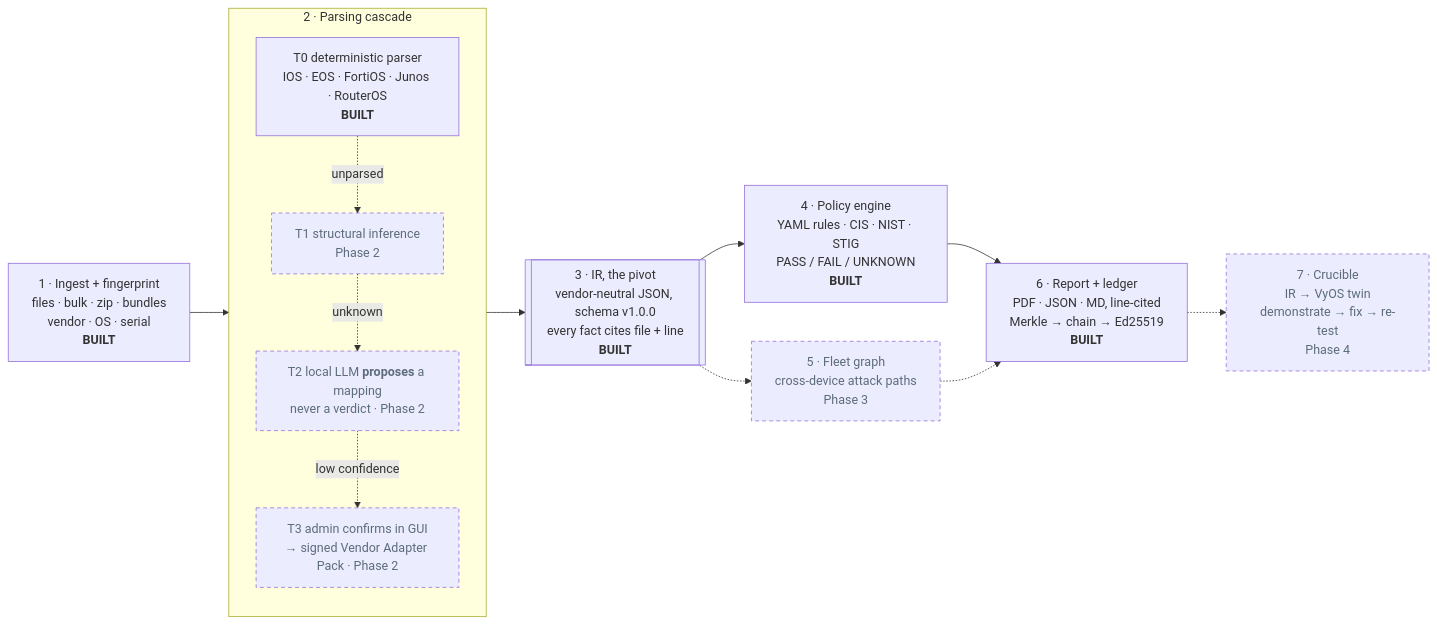
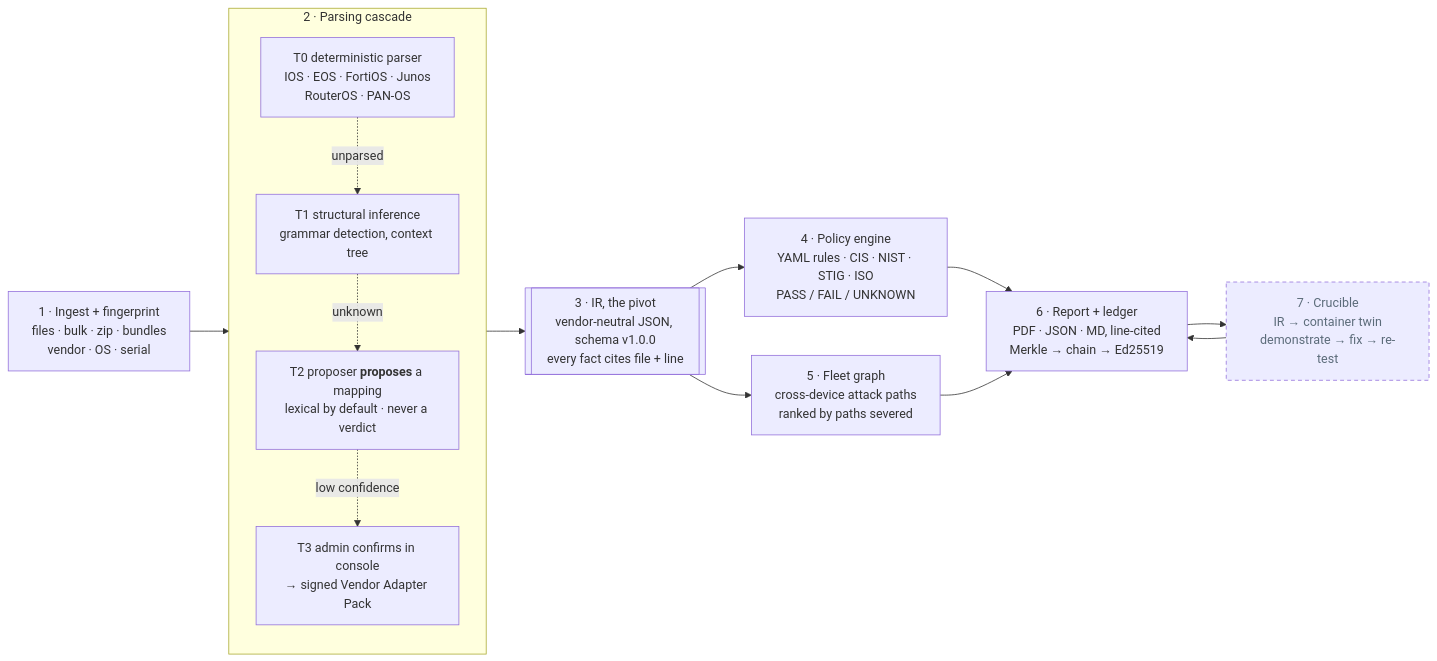
The diagram in docs/submission/ARCHITECTURE.md (Crepco/SIH26155), drawn with Mermaid before and after one commit. The commit also changed other lines of this file, not shown here.

First line of the commit message:
submission: the architecture markdown for the system that now exists

````diff
--- a/docs/submission/ARCHITECTURE.md
+++ b/docs/submission/ARCHITECTURE.md
@@ -23,25 +23,25 @@
 ```mermaid
 flowchart LR
-    I["1 · Ingest + fingerprint<br/>files · bulk · zip · bundles<br/>vendor · OS · serial<br/><b>BUILT</b>"]
+    I["1 · Ingest + fingerprint<br/>files · bulk · zip · bundles<br/>vendor · OS · serial"]
     subgraph C["2 · Parsing cascade"]
         direction TB
-        T0["T0 deterministic parser<br/>IOS · EOS · FortiOS · Junos · RouterOS<br/><b>BUILT</b>"]
-        T1["T1 structural inference<br/>Phase 2"]
-        T2["T2 local LLM <b>proposes</b> a mapping<br/>never a verdict · Phase 2"]
-        T3["T3 admin confirms in GUI<br/>→ signed Vendor Adapter Pack · Phase 2"]
+        T0["T0 deterministic parser<br/>IOS · EOS · FortiOS · Junos<br/>RouterOS · PAN-OS"]
+        T1["T1 structural inference<br/>grammar detection, context tree"]
+        T2["T2 proposer <b>proposes</b> a mapping<br/>lexical by default · never a verdict"]
+        T3["T3 admin confirms in console<br/>→ signed Vendor Adapter Pack"]
         T0 -. unparsed .-> T1 -. unknown .-> T2 -. low confidence .-> T3
     end
-    IR[["3 · IR, the pivot<br/>vendor-neutral JSON, schema v1.0.0<br/>every fact cites file + line<br/><b>BUILT</b>"]]
-    P["4 · Policy engine<br/>YAML rules · CIS · NIST · STIG<br/>PASS / FAIL / UNKNOWN<br/><b>BUILT</b>"]
-    G["5 · Fleet graph<br/>cross-device attack paths<br/>Phase 3"]
-    R["6 · Report + ledger<br/>PDF · JSON · MD, line-cited<br/>Merkle → chain → Ed25519<br/><b>BUILT</b>"]
-    X["7 · Crucible<br/>IR → VyOS twin<br/>demonstrate → fix → re-test<br/>Phase 4"]
+    IR[["3 · IR, the pivot<br/>vendor-neutral JSON, schema v1.0.0<br/>every fact cites file + line"]]
+    P["4 · Policy engine<br/>YAML rules · CIS · NIST · STIG · ISO<br/>PASS / FAIL / UNKNOWN"]
+    G["5 · Fleet graph<br/>cross-device attack paths<br/>ranked by paths severed"]
+    R["6 · Report + ledger<br/>PDF · JSON · MD, line-cited<br/>Merkle → chain → Ed25519"]
+    X["7 · Crucible<br/>IR → container twin<br/>demonstrate → fix → re-test"]
 
     I --> C --> IR
     IR --> P --> R
-    IR -.-> G -.-> R
-    R -.-> X
+    IR --> G --> R
+    R --> X --> R
 
-    classDef spec stroke-dasharray: 5 4,color:#5c6c7a
-    class T1,T2,T3,G,X spec
+    classDef opt stroke-dasharray: 5 4,color:#5c6c7a
+    class X opt
 ```
````
